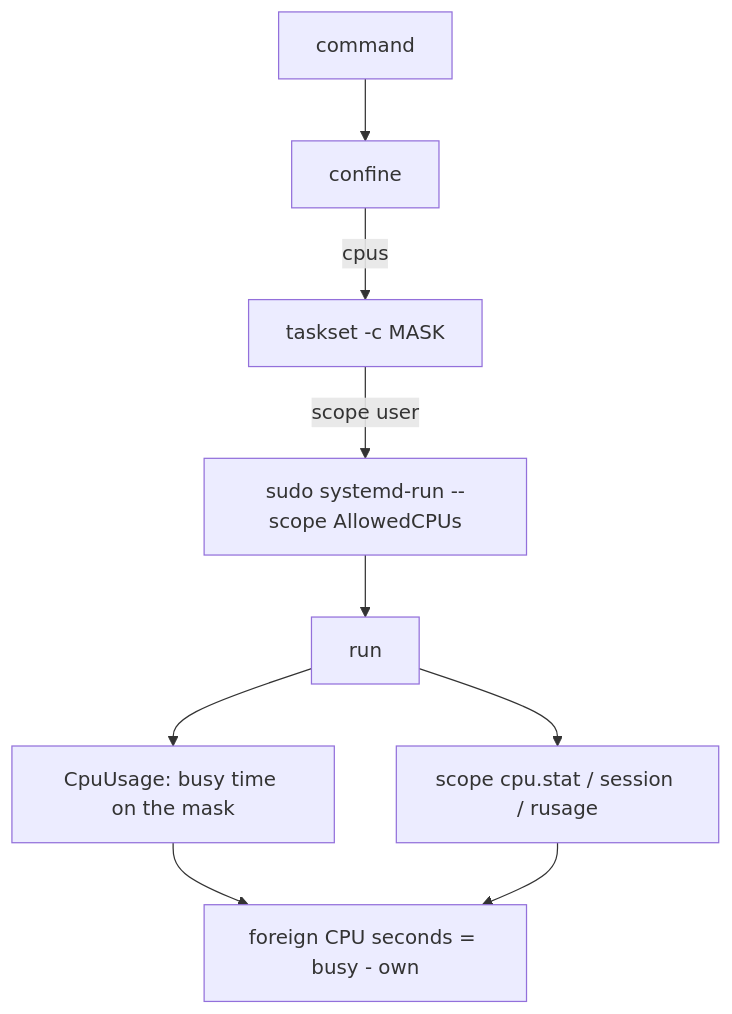
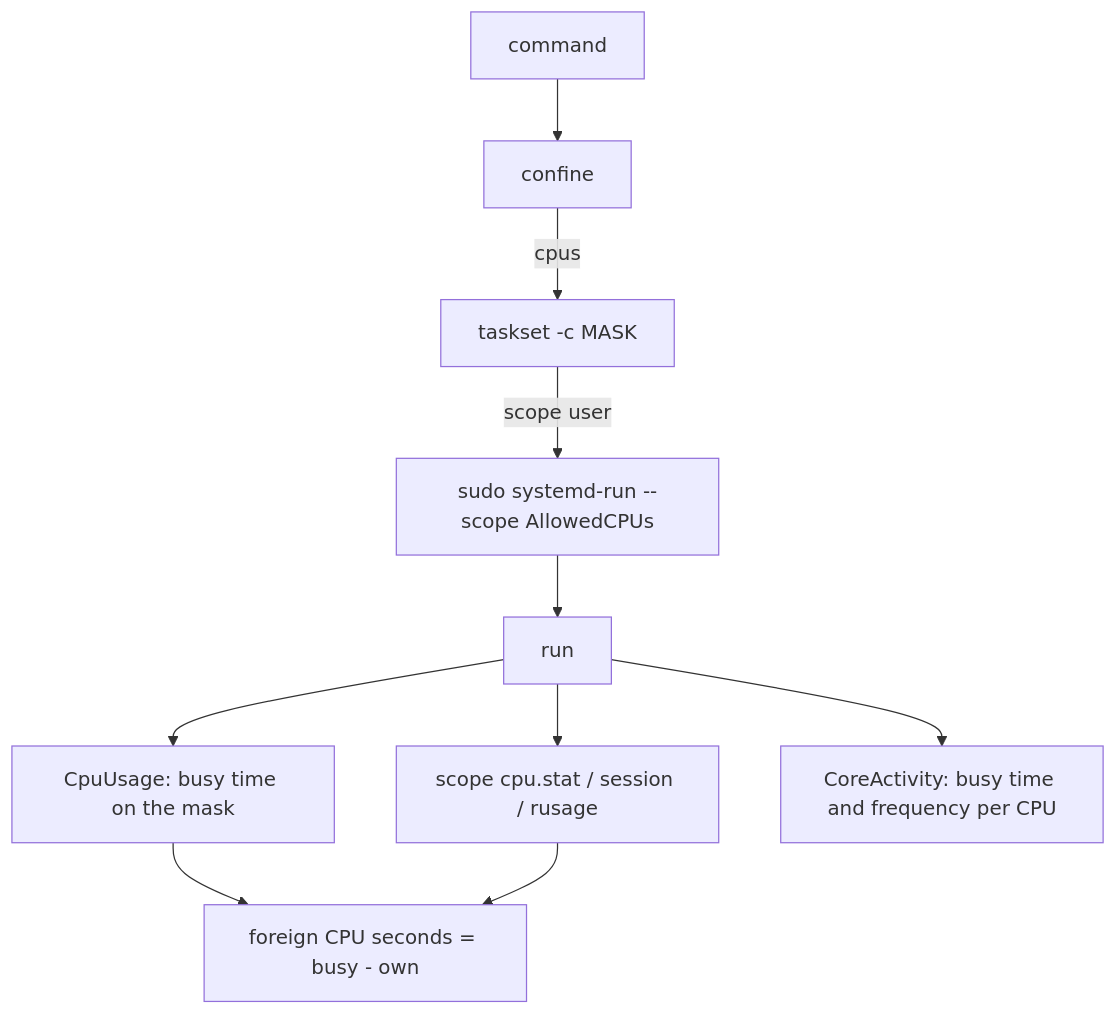
One commit to DavidCCoimbra/Scalability-of-Parallel-Code-in-WebAssembly-in-the-Browser-vs-Native changed the diagram in harness/shield/README.md. Above: the diagram before and after it, drawn with Mermaid. The commit also changed other lines of this file and 11 other files, not shown here.

First line of the commit message:
feat(harness): record the busy time and frequency of every measured CPU per run (#78)

````diff
--- a/harness/shield/README.md
+++ b/harness/shield/README.md
@@ -25,11 +27,12 @@
 ```mermaid
 flowchart TD
     argv[command] --> confine[confine]
     confine -->|cpus| taskset[taskset -c MASK]
     taskset -->|scope user| scope[sudo systemd-run --scope AllowedCPUs]
     scope --> run[run]
     run --> usage[CpuUsage: busy time on the mask]
     run --> own[scope cpu.stat / session / rusage]
+    run --> cores[CoreActivity: busy time and frequency per CPU]
     usage --> foreign[foreign CPU seconds = busy - own]
     own --> foreign
 ```
````
